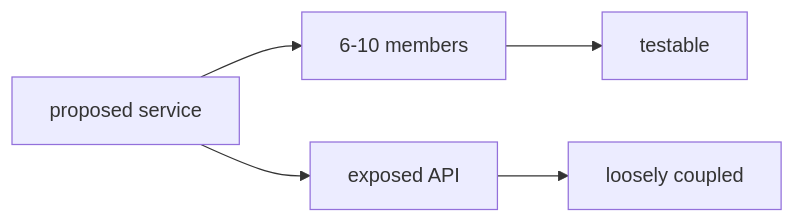
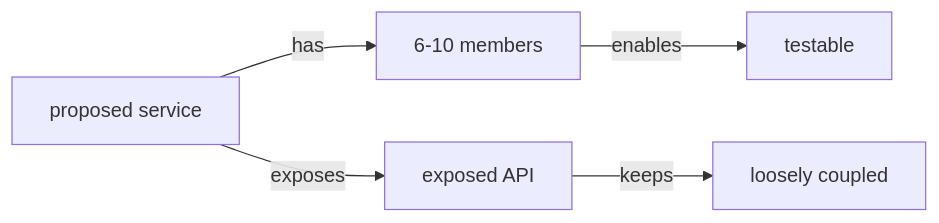
One commit to vinayakuber/microservices-io-study-guide changed diagram 11 of 13 in docs/ch03-decompose-by-business-capability.md. Above: the diagram before and after it, drawn with Mermaid. The commit also changed other lines of this file and 71 other files, not shown here.

First line of the commit message:
R18: label every diagram arrow with its meaning

````diff
--- a/docs/ch03-decompose-by-business-capability.md
+++ b/docs/ch03-decompose-by-business-capability.md
@@ -390,7 +390,7 @@
 ```mermaid
 flowchart LR
-  SVC["proposed service"] --> SIZE["6-10 members"]
-  SVC --> API["exposed API"]
-  API --> LC["loosely coupled"]
-  SIZE --> TE["testable"]
+  SVC["proposed service"] -->|"has"| SIZE["6-10 members"]
+  SVC -->|"exposes"| API["exposed API"]
+  API -->|"keeps"| LC["loosely coupled"]
+  SIZE -->|"enables"| TE["testable"]
 ```
````
